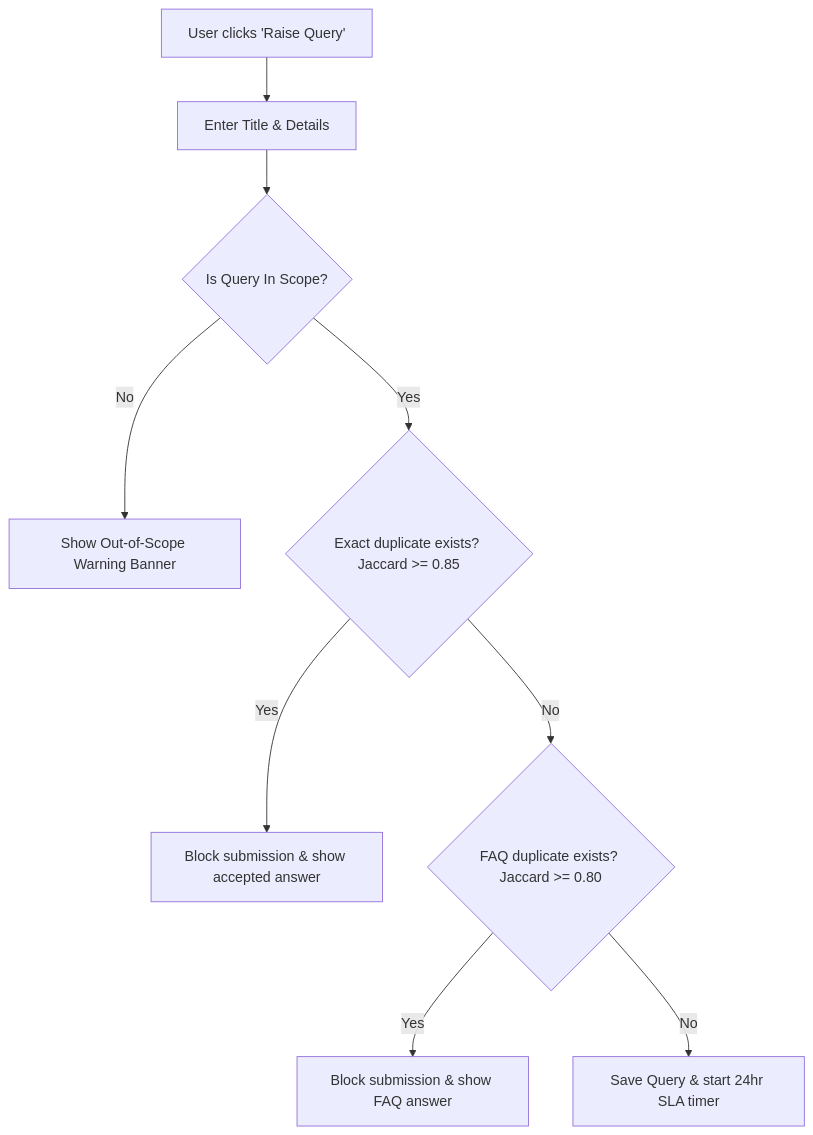
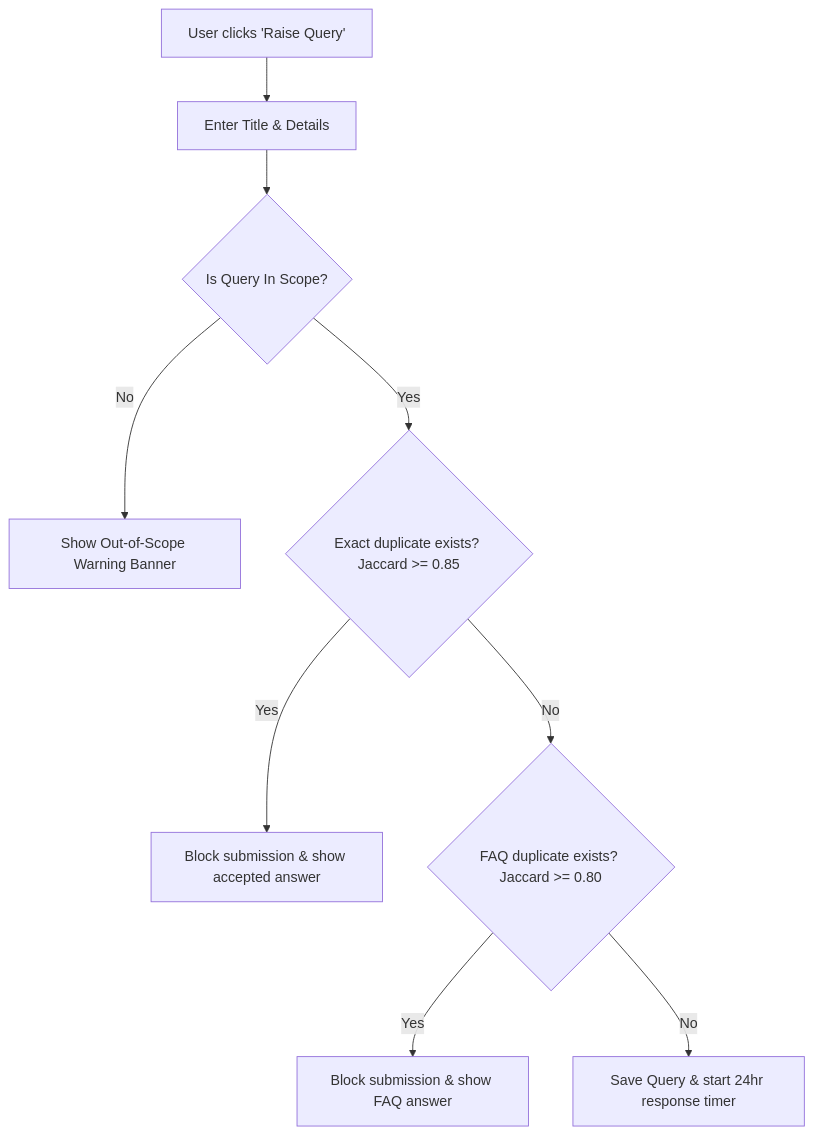
The first of 3 diagrams in product.md (devikanambiar05/cs16), drawn with Mermaid before and after one commit. The commit also changed other lines of this file and 44 other files, not shown here.

Commit message:
feat: complete feature polish, remove SLA/Knowledge Graph jargon, update reports, and add docker configurations

````diff
--- a/product.md
+++ b/product.md
@@ -56,11 +56,11 @@
 ```mermaid
 graph TD
   A[User clicks 'Raise Query'] --> B[Enter Title & Details]
   B --> C{Is Query In Scope?}
   C -- No --> D[Show Out-of-Scope Warning Banner]
   C -- Yes --> E{Exact duplicate exists? Jaccard >= 0.85}
   E -- Yes --> F[Block submission & show accepted answer]
   E -- No --> G{FAQ duplicate exists? Jaccard >= 0.80}
   G -- Yes --> H[Block submission & show FAQ answer]
-  G -- No --> I[Save Query & start 24hr SLA timer]
+  G -- No --> I[Save Query & start 24hr response timer]
 ```
````
